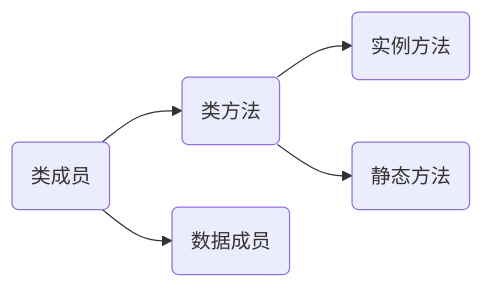
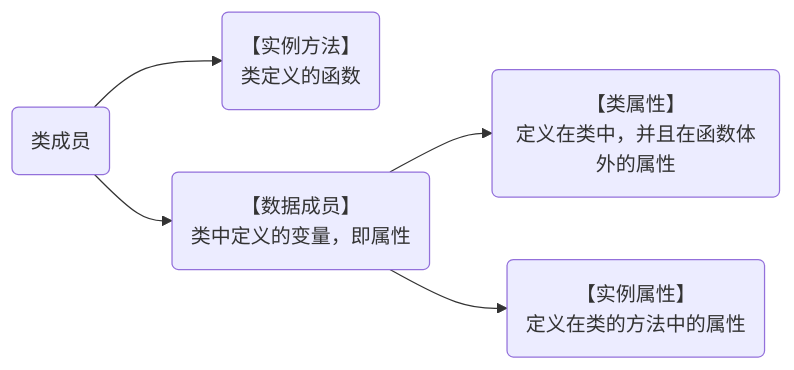
The sixth of 7 diagrams in python/学习笔记/Python学习.md (headsir/file20230214), drawn with Mermaid before and after one commit. The commit also changed other lines of this file, not shown here.

````diff
--- a/python/学习笔记/Python学习.md
+++ b/python/学习笔记/Python学习.md
@@ -943,7 +945,8 @@
 ```mermaid
 graph LR
-	id1(类成员)  --> id2(类方法)
-	id1(类成员)  --> id3(数据成员)
-	id2(类方法) --> id4(实例方法)
-	id2(类方法) --> id5(静态方法)
+	id1(类成员)  --> id2("【实例方法】<br>类定义的函数")
+	id1(类成员)  --> id3("【数据成员】<br>类中定义的变量，即属性")
+		id3 -->id3_1("【类属性】<br>定义在类中，并且在函数体外的属性")
+		id3 -->id3_2("【实例属性】<br>定义在类的方法中的属性")
+
 ```
````
